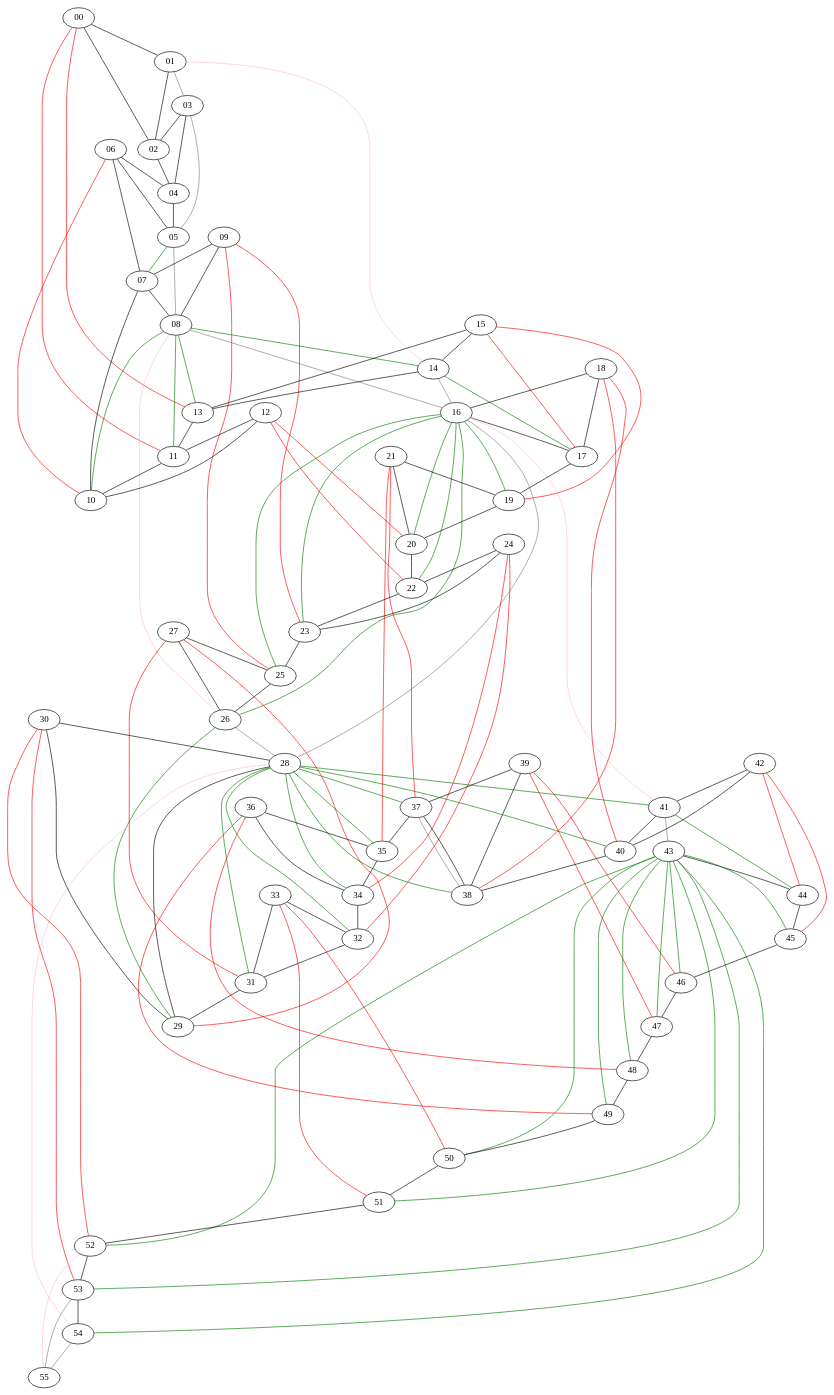
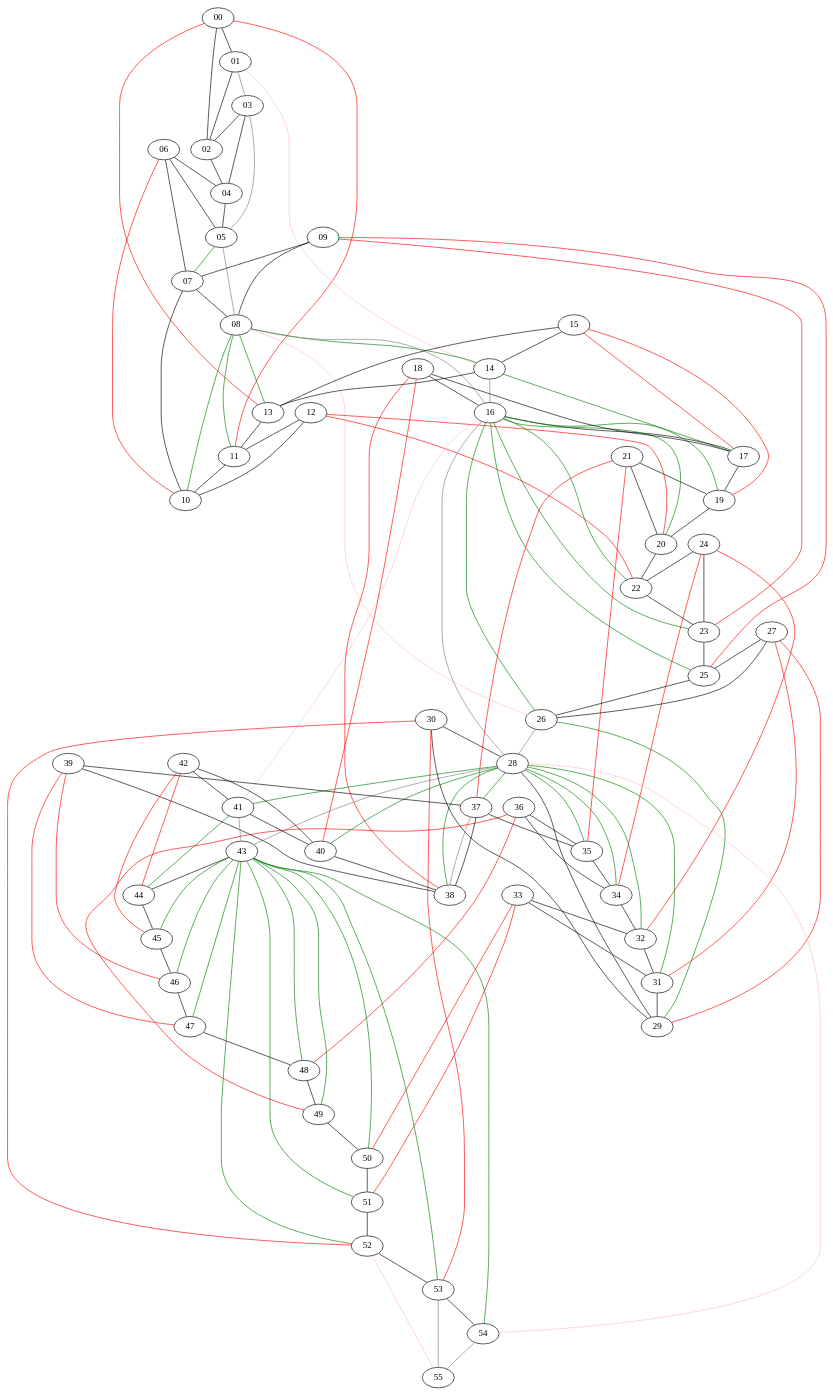
One commit to kenkangxgwe/dr-plan-solver-mirror changed the diagram in examples/Hexagonal-Lattice/hexlattice.uniform-32.dot. Above: the diagram before and after it, drawn with Graphviz. The commit also changed 1 other file, not shown here.

```diff
--- a/examples/Hexagonal-Lattice/hexlattice.uniform-32.dot
+++ b/examples/Hexagonal-Lattice/hexlattice.uniform-32.dot
@@ -131,6 +131,7 @@
   26--28 [color="gray", penwidth=1];
   08--16 [color="gray", penwidth=1];
   16--28 [color="gray", penwidth=1];
+  28--43 [color="gray", penwidth=1];
   53--55 [color="gray", penwidth=1];
   54--55 [color="gray", penwidth=1];
 
```
